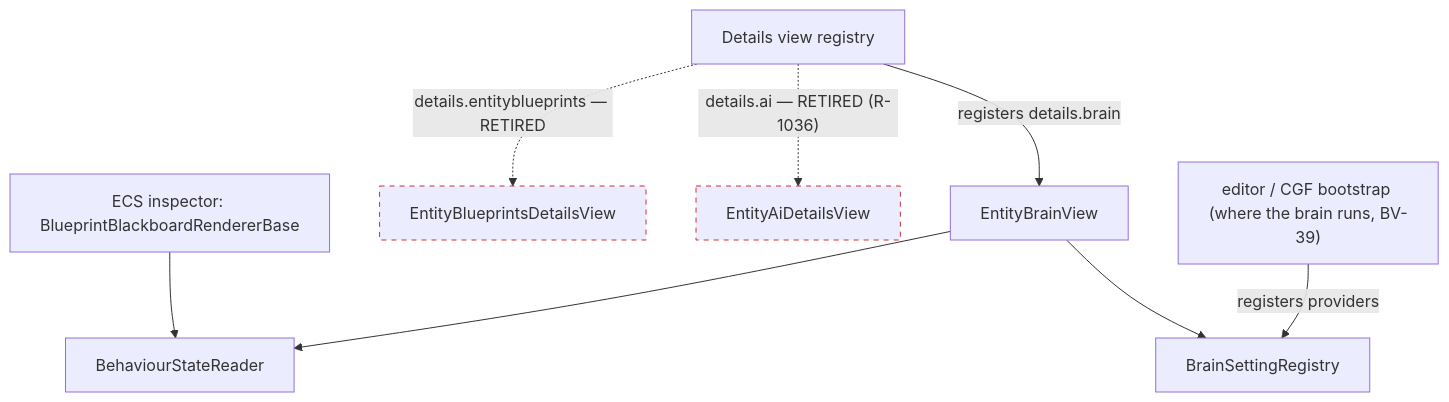
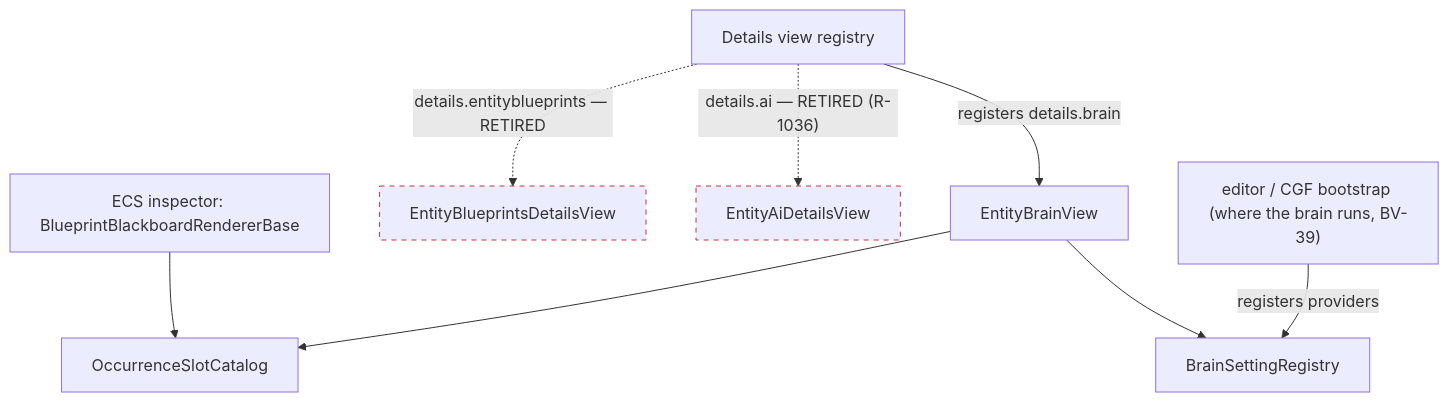
Diagram 13 of 15 in docs/DESIGN_Entity_Brain_View.md (pjanec/HROT), drawn with Mermaid before and after one commit. The commit also changed other lines of this file and 1 other file, not shown here.

First line of the commit message:
Brain View BV-44 corrected: the shared reader is the EXISTING OccurrenceSlotCatalog (CE-2288), not a new class

````diff
--- a/docs/DESIGN_Entity_Brain_View.md
+++ b/docs/DESIGN_Entity_Brain_View.md
@@ -768,12 +768,12 @@
 ```mermaid
 graph TD
   REG["Details view registry"] -->|"registers details.brain"| BV["EntityBrainView"]
   REG -.->|"details.entityblueprints — RETIRED"| EBV["EntityBlueprintsDetailsView"]
   REG -.->|"details.ai — RETIRED (R-1036)"| AI["EntityAiDetailsView"]
-  INS["ECS inspector: BlueprintBlackboardRendererBase"] --> RDR["BehaviourStateReader"]
+  INS["ECS inspector: BlueprintBlackboardRendererBase"] --> RDR["OccurrenceSlotCatalog"]
   BV --> RDR
   BV --> SET["BrainSettingRegistry"]
   BOOT["editor / CGF bootstrap (where the brain runs, BV-39)"] -->|"registers providers"| SET
   classDef dead stroke-dasharray: 5 5,stroke:#c33
   class EBV,AI dead
 ```
````
